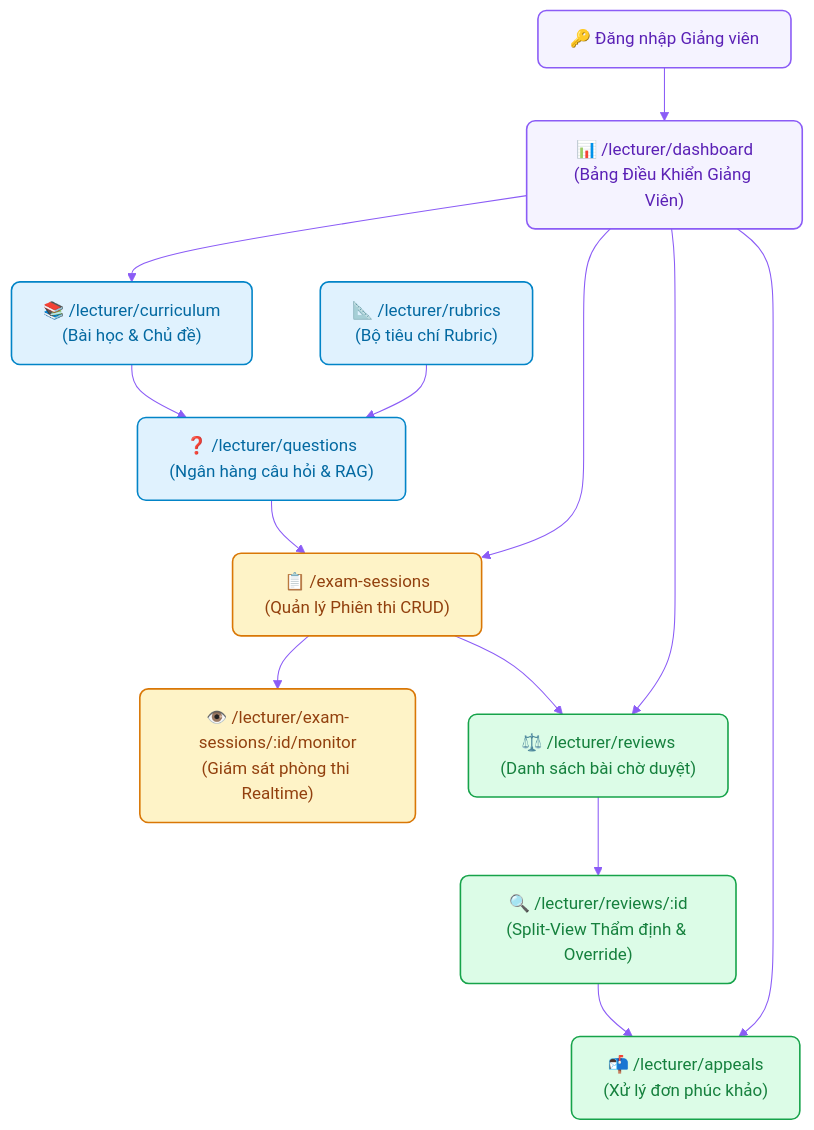
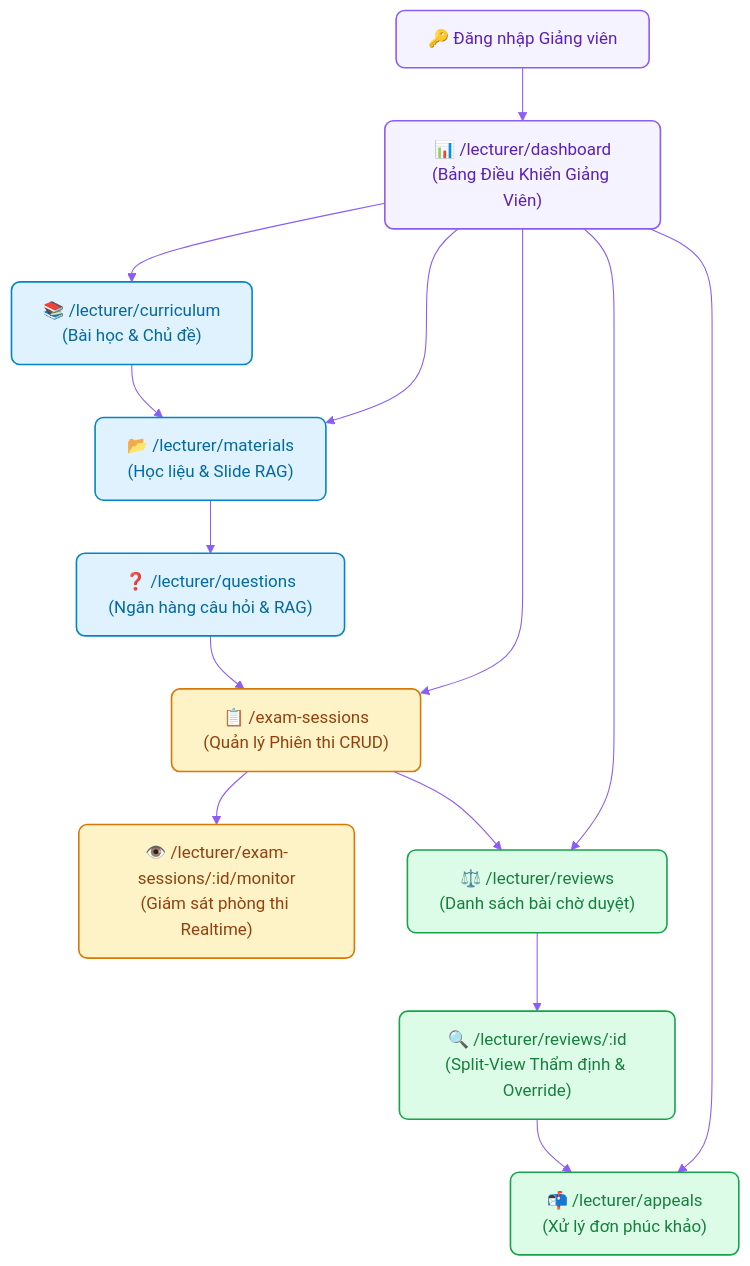
One commit to SWD392-Group-4/AI-powered-Viva-Exam-System changed the diagram in document/04-ui-ux-design/page-maps/lecturer.md. Above: the diagram before and after it, drawn with Mermaid. The commit also changed other lines of this file and 2 other files, not shown here.

Commit message:
docs: add business rules and lecturer UI/UX page maps documentation

````diff
--- a/document/04-ui-ux-design/page-maps/lecturer.md
+++ b/document/04-ui-ux-design/page-maps/lecturer.md
@@ -29,36 +28,37 @@
 ```mermaid
 %%{init: {'theme': 'base', 'themeVariables': {'primaryColor': '#F5F3FF', 'lineColor': '#8B5CF6'}}}%%
 flowchart TD
     classDef lecturer fill:#F5F3FF,stroke:#8B5CF6,stroke-width:1.5px,color:#5B21B6,rx:8,ry:8;
     classDef prep fill:#E0F2FE,stroke:#0284C7,stroke-width:1.5px,color:#0369A1,rx:8,ry:8;
     classDef exam fill:#FEF3C7,stroke:#D97706,stroke-width:1.5px,color:#92400E,rx:8,ry:8;
     classDef review fill:#DCFCE7,stroke:#16A34A,stroke-width:1.5px,color:#15803D,rx:8,ry:8;
 
     Login["🔑 Đăng nhập Giảng viên"]:::lecturer
     Dashboard["📊 /lecturer/dashboard<br/>(Bảng Điều Khiển Giảng Viên)"]:::lecturer
 
     Curriculum["📚 /lecturer/curriculum<br/>(Bài học & Chủ đề)"]:::prep
+    Materials["📂 /lecturer/materials<br/>(Học liệu & Slide RAG)"]:::prep
     Questions["❓ /lecturer/questions<br/>(Ngân hàng câu hỏi & RAG)"]:::prep
-    Rubrics["📐 /lecturer/rubrics<br/>(Bộ tiêu chí Rubric)"]:::prep
 
     Sessions["📋 /exam-sessions<br/>(Quản lý Phiên thi CRUD)"]:::exam
     Monitor["👁️ /lecturer/exam-sessions/:id/monitor<br/>(Giám sát phòng thi Realtime)"]:::exam
 
     Reviews["⚖️ /lecturer/reviews<br/>(Danh sách bài chờ duyệt)"]:::review
     ReviewDetail["🔍 /lecturer/reviews/:id<br/>(Split-View Thẩm định & Override)"]:::review
     Appeals["📬 /lecturer/appeals<br/>(Xử lý đơn phúc khảo)"]:::review
 
     Login --> Dashboard
     Dashboard --> Curriculum
+    Dashboard --> Materials
     Dashboard --> Sessions
     Dashboard --> Reviews
     Dashboard --> Appeals
 
-    Curriculum --> Questions
-    Rubrics --> Questions
+    Curriculum --> Materials
+    Materials --> Questions
     Questions --> Sessions
     Sessions --> Monitor
     Sessions --> Reviews
     Reviews --> ReviewDetail
     ReviewDetail --> Appeals
 ```
````
